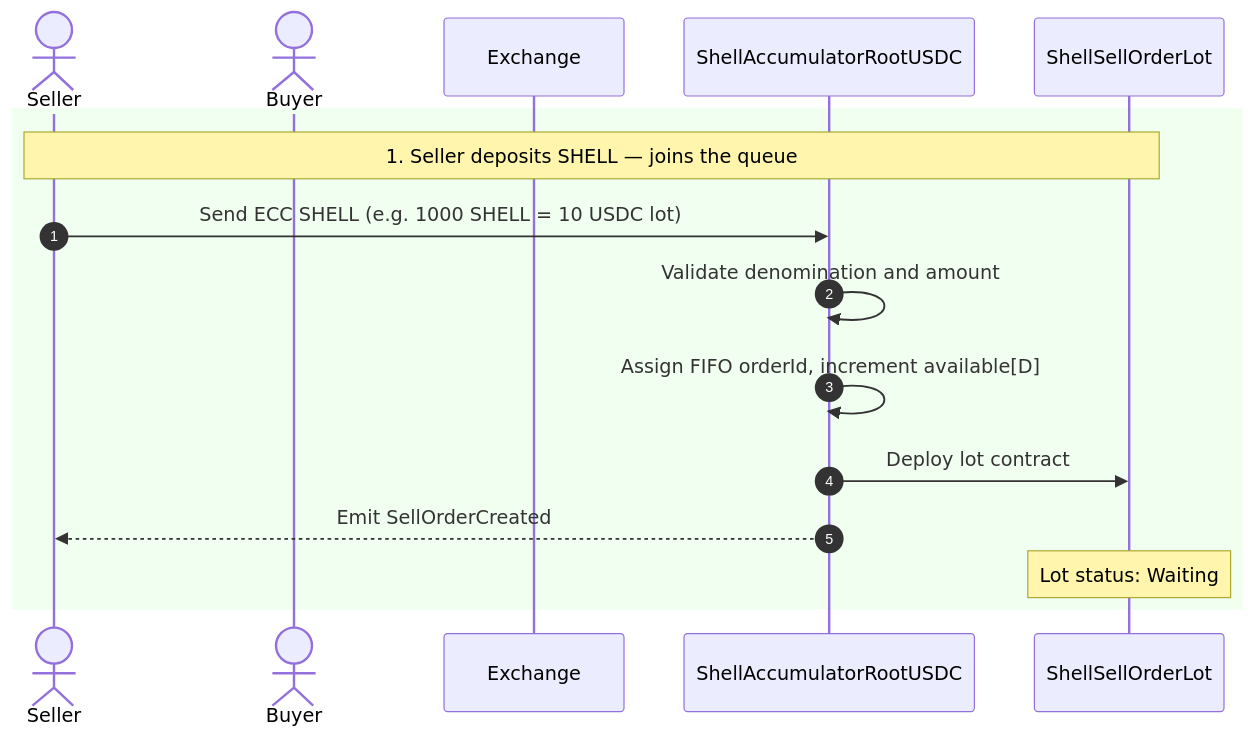
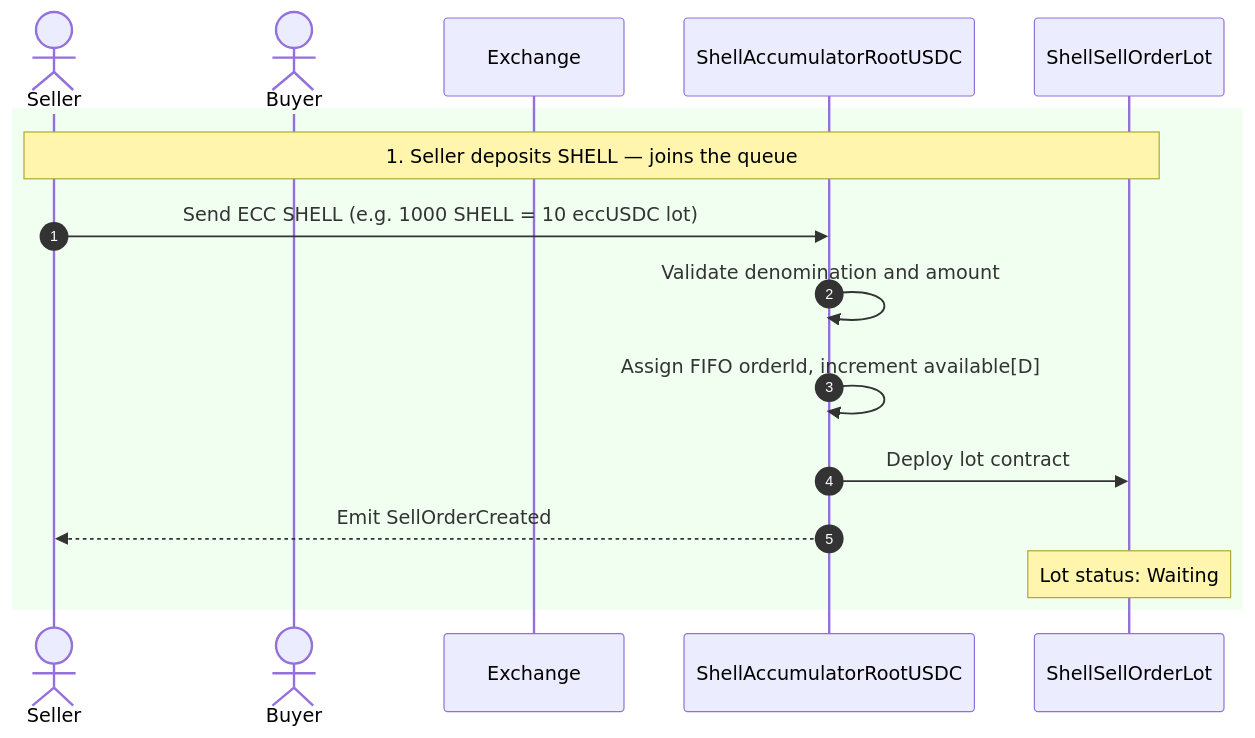
Before and after one commit to tvmlabs/tvm-sdk: the second of 5 diagrams in docs/accumulator-contract-system/sell-buy-burn-flows.md, drawn with Mermaid. The commit also changed other lines of this file and 4 other files, not shown here.

Commit message:
GITBOOK-87: rename USDC -> eccUSDC

````diff
--- a/docs/accumulator-contract-system/sell-buy-burn-flows.md
+++ b/docs/accumulator-contract-system/sell-buy-burn-flows.md
@@ -63,20 +63,20 @@
 ```mermaid
 sequenceDiagram
     autonumber
     actor Seller
     actor Buyer
     participant Exchange
     participant Accumulator as ShellAccumulatorRootUSDC
     participant SellOrder as ShellSellOrderLot
 
     rect rgb(240, 255, 240)
         Note over Seller,SellOrder: 1. Seller deposits SHELL — joins the queue
-        Seller->>Accumulator: Send ECC SHELL (e.g. 1000 SHELL = 10 USDC lot)
+        Seller->>Accumulator: Send ECC SHELL (e.g. 1000 SHELL = 10 eccUSDC lot)
         Accumulator->>Accumulator: Validate denomination and amount
         Accumulator->>Accumulator: Assign FIFO orderId, increment available[D]
         Accumulator->>SellOrder: Deploy lot contract
         Accumulator-->>Seller: Emit SellOrderCreated
         Note over SellOrder: Lot status: Waiting
     end
 
 ```
````
